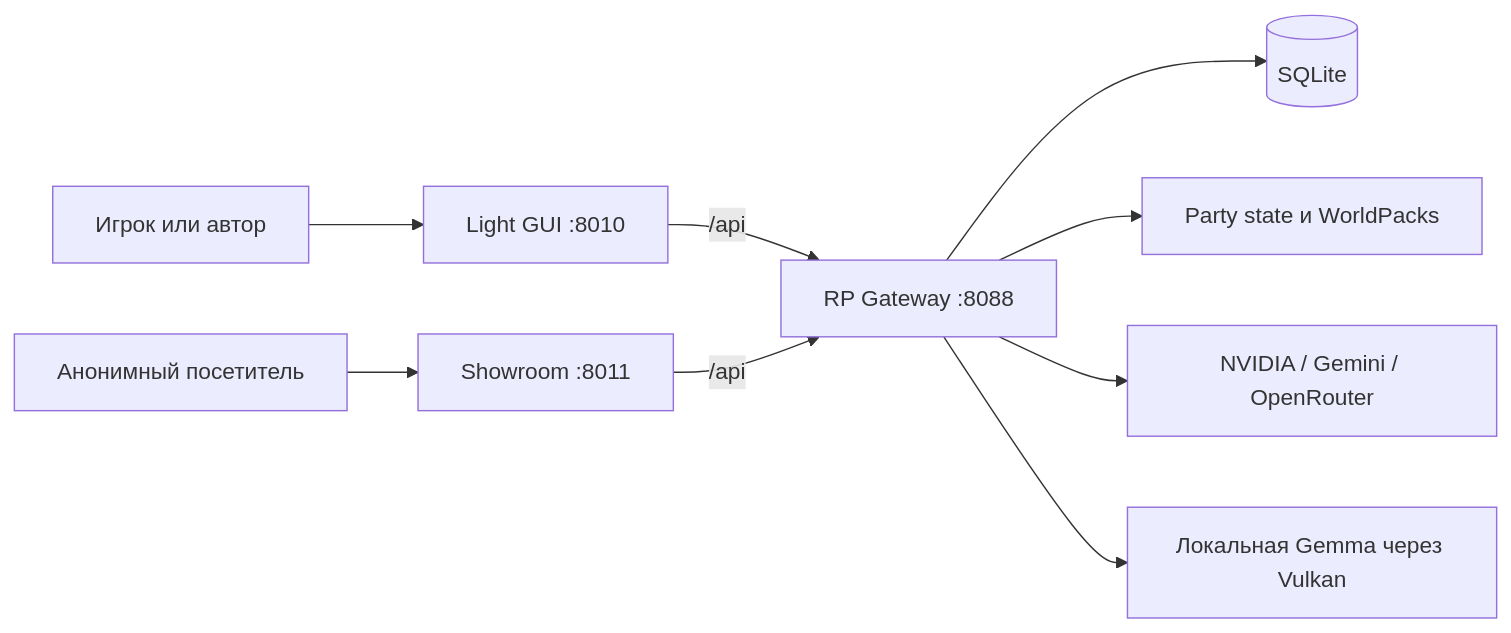
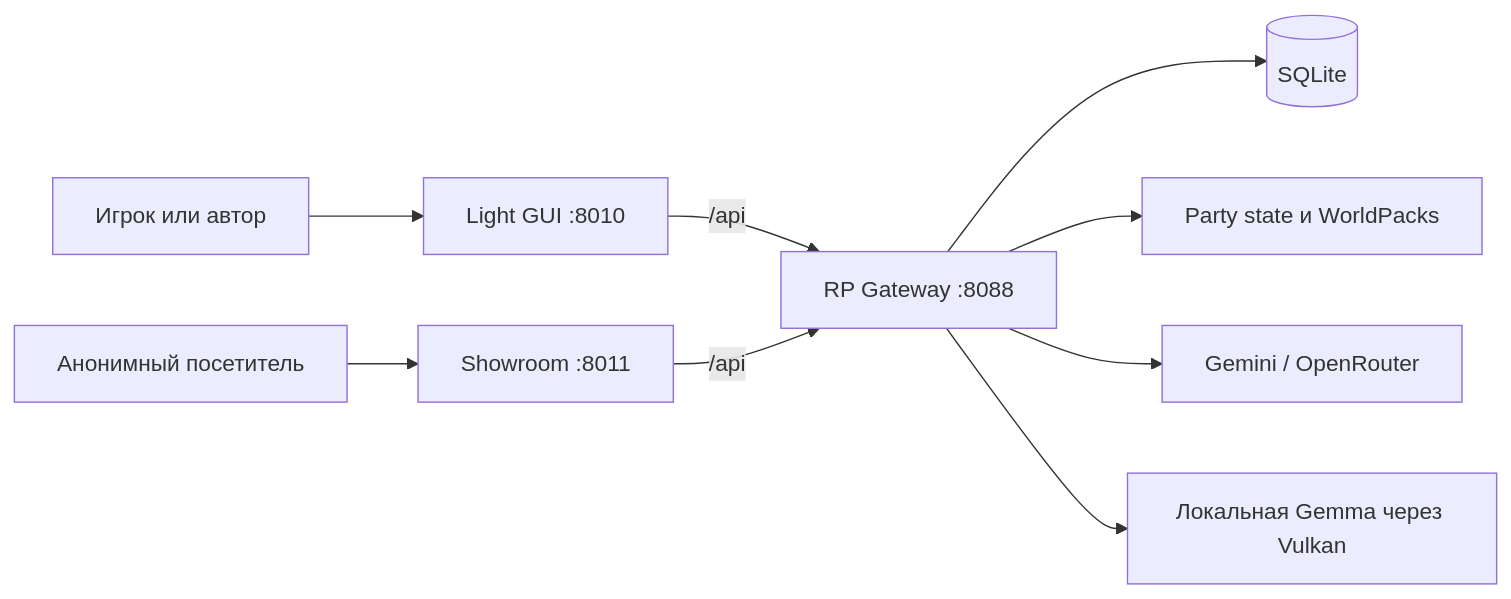
Before and after one commit to abykovwww-byte/ubuntu_ansible_palybooks: the diagram in docs/wiki/README.md, drawn with Mermaid. The commit also changed other lines of this file and 91 other files, not shown here.

````diff
--- a/docs/wiki/README.md
+++ b/docs/wiki/README.md
@@ -115,11 +124,11 @@
 ```mermaid
 flowchart LR
     P["Игрок или автор"] --> L["Light GUI :8010"]
     V["Анонимный посетитель"] --> S["Showroom :8011"]
     L -->|"/api"| G["RP Gateway :8088"]
     S -->|"/api"| G
     G --> DB[("SQLite")]
     G --> FS["Party state и WorldPacks"]
-    G --> C["NVIDIA / Gemini / OpenRouter"]
+    G --> C["Gemini / OpenRouter"]
     G --> M["Локальная Gemma через Vulkan"]
 ```
````
